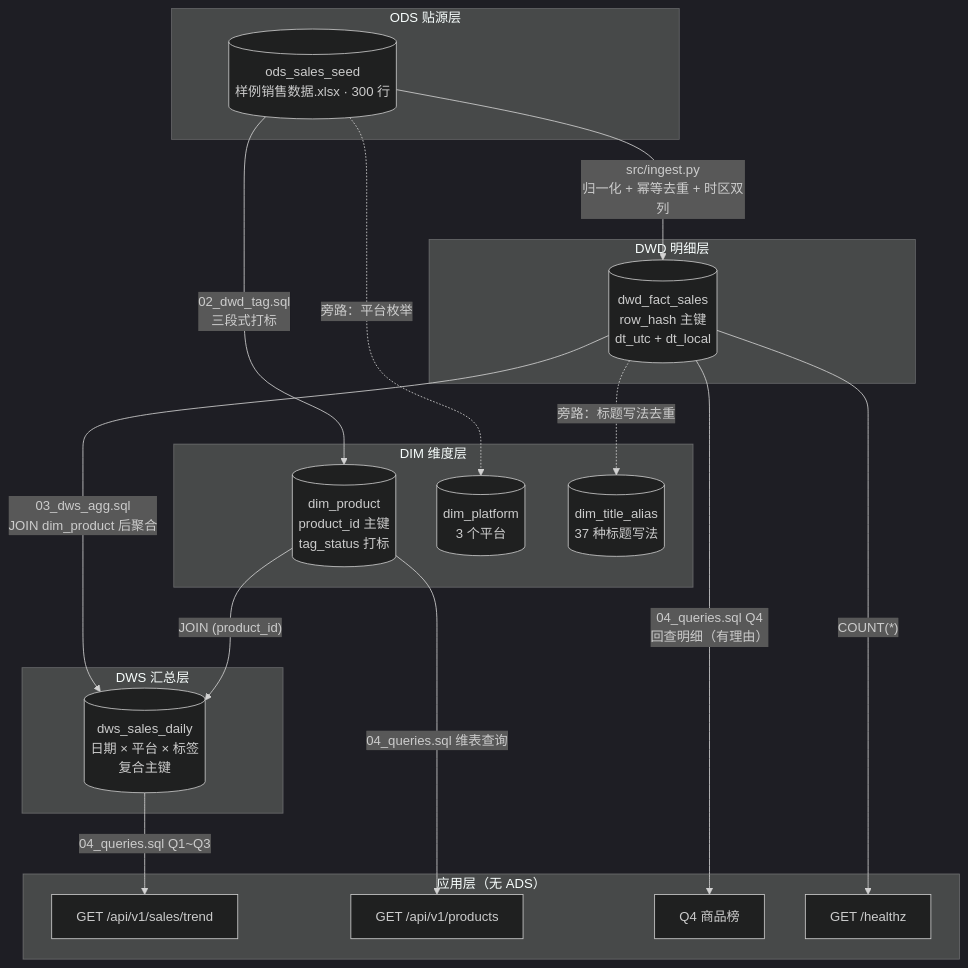
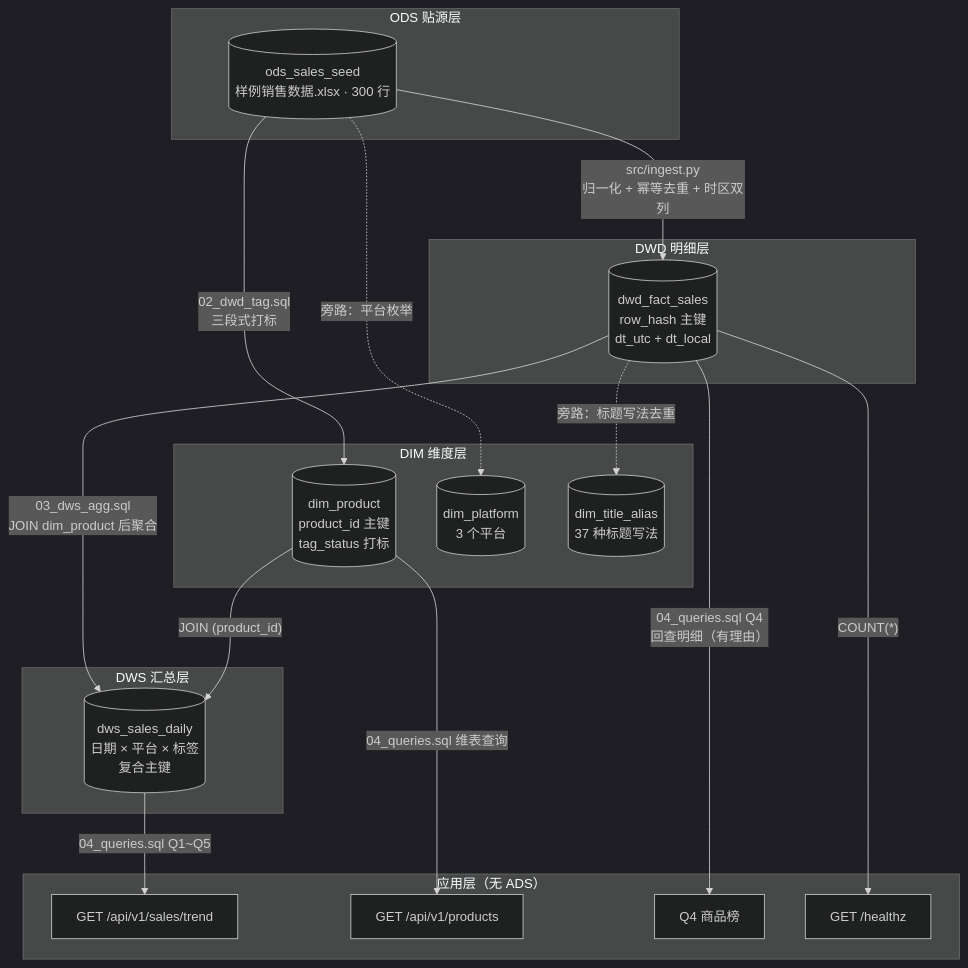
One commit to Marslfs/trendee-submission-github changed the diagram in task1_data_api/docs/design.md. Above: the diagram before and after it, drawn with Mermaid (dark theme). The commit also changed other lines of this file and 66 other files, not shown here.

````diff
--- a/task1_data_api/docs/design.md
+++ b/task1_data_api/docs/design.md
@@ -15,38 +15,38 @@
 ```mermaid
 flowchart TB
     subgraph ODS["ODS 贴源层"]
         O1[("ods_sales_seed<br/>样例销售数据.xlsx · 300 行")]
     end
 
     subgraph DIM["DIM 维度层"]
         D1[("dim_product<br/>product_id 主键<br/>tag_status 打标")]
         D2[("dim_platform<br/>3 个平台")]
         D3[("dim_title_alias<br/>37 种标题写法")]
     end
 
     subgraph DWD["DWD 明细层"]
         W1[("dwd_fact_sales<br/>row_hash 主键<br/>dt_utc + dt_local")]
     end
 
     subgraph DWS["DWS 汇总层"]
         S1[("dws_sales_daily<br/>日期 × 平台 × 标签<br/>复合主键")]
     end
 
     subgraph APP["应用层（无 ADS）"]
         A1["GET /api/v1/sales/trend"]
         A2["GET /api/v1/products"]
         A3["Q4 商品榜"]
         A4["GET /healthz"]
     end
 
     O1 -->|"02_dwd_tag.sql<br/>三段式打标"| D1
     O1 -->|"src/ingest.py<br/>归一化 + 幂等去重 + 时区双列"| W1
     O1 -.->|"旁路：平台枚举"| D2
     W1 -.->|"旁路：标题写法去重"| D3
     W1 -->|"03_dws_agg.sql<br/>JOIN dim_product 后聚合"| S1
     D1 -->|"JOIN (product_id)"| S1
-    S1 -->|"04_queries.sql Q1~Q3"| A1
+    S1 -->|"04_queries.sql Q1~Q5"| A1
     D1 -->|"04_queries.sql 维表查询"| A2
     W1 -->|"04_queries.sql Q4<br/>回查明细（有理由）"| A3
     W1 -->|"COUNT(*)"| A4
 ```
````
